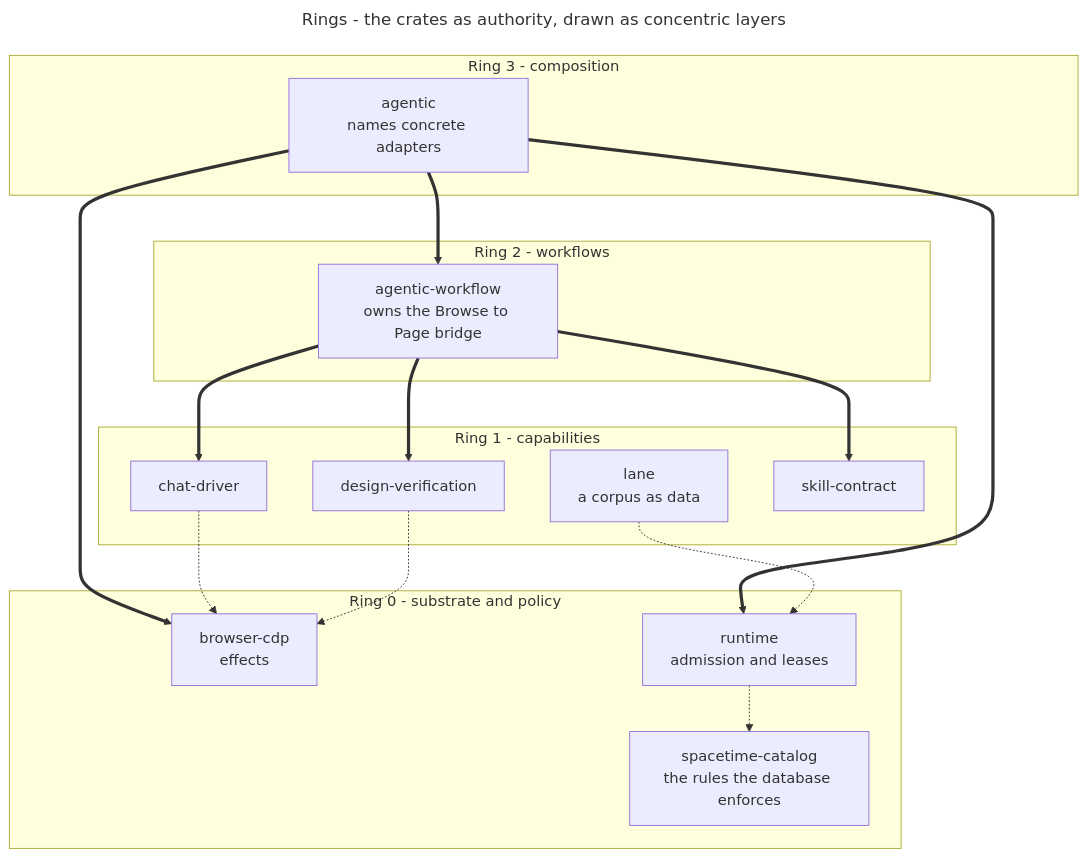
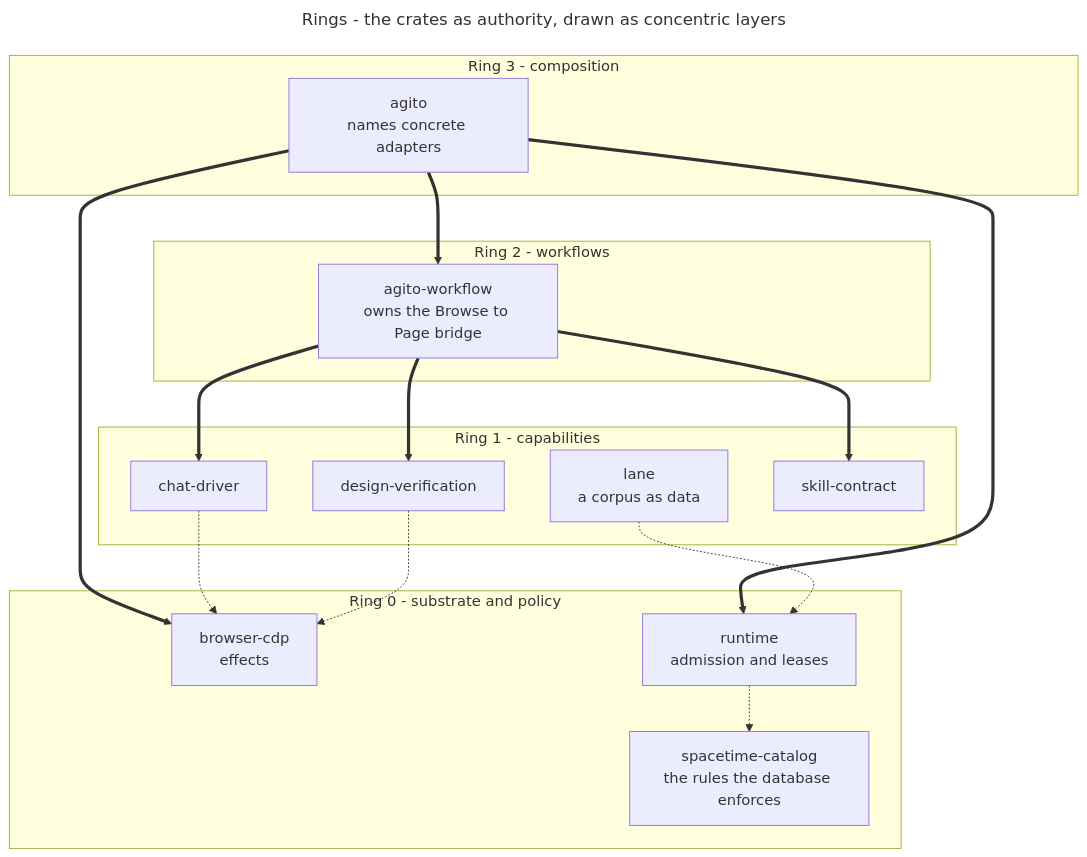
The diagram in Documentation/Diagram/00-Rings/Ring.mmd (MergedBeastAgito/Agito), drawn with Mermaid before and after one commit. The commit also changed 156 other files, not shown here.

```diff
--- a/Documentation/Diagram/00-Rings/Ring.mmd
+++ b/Documentation/Diagram/00-Rings/Ring.mmd
@@ -1,33 +1,33 @@
 ---
 title: Rings - the crates as authority, drawn as concentric layers
 line9:
   theme: boardroom
 ---
 flowchart TD
   subgraph Ring3["Ring 3 - composition"]
-    A["agentic<br>names concrete adapters"]:::host
+    A["agito<br>names concrete adapters"]:::host
   end
   subgraph Ring2["Ring 2 - workflows"]
-    W["agentic-workflow<br>owns the Browse to Page bridge"]:::host
+    W["agito-workflow<br>owns the Browse to Page bridge"]:::host
   end
   subgraph Ring1["Ring 1 - capabilities"]
     C["chat-driver"]:::hook
     D["design-verification"]:::hook
     L["lane<br>a corpus as data"]:::hook
     S["skill-contract"]:::hook
   end
   subgraph Ring0["Ring 0 - substrate and policy"]
     B["browser-cdp<br>effects"]:::host
     R["runtime<br>admission and leases"]:::host
     P["spacetime-catalog<br>the rules the database enforces"]:::store
   end
   A ==> W
   A ==> B
   A ==> R
   W ==> C
   W ==> D
   W ==> S
   C -.-> B
   D -.-> B
   L -.-> R
   R -.-> P
```
